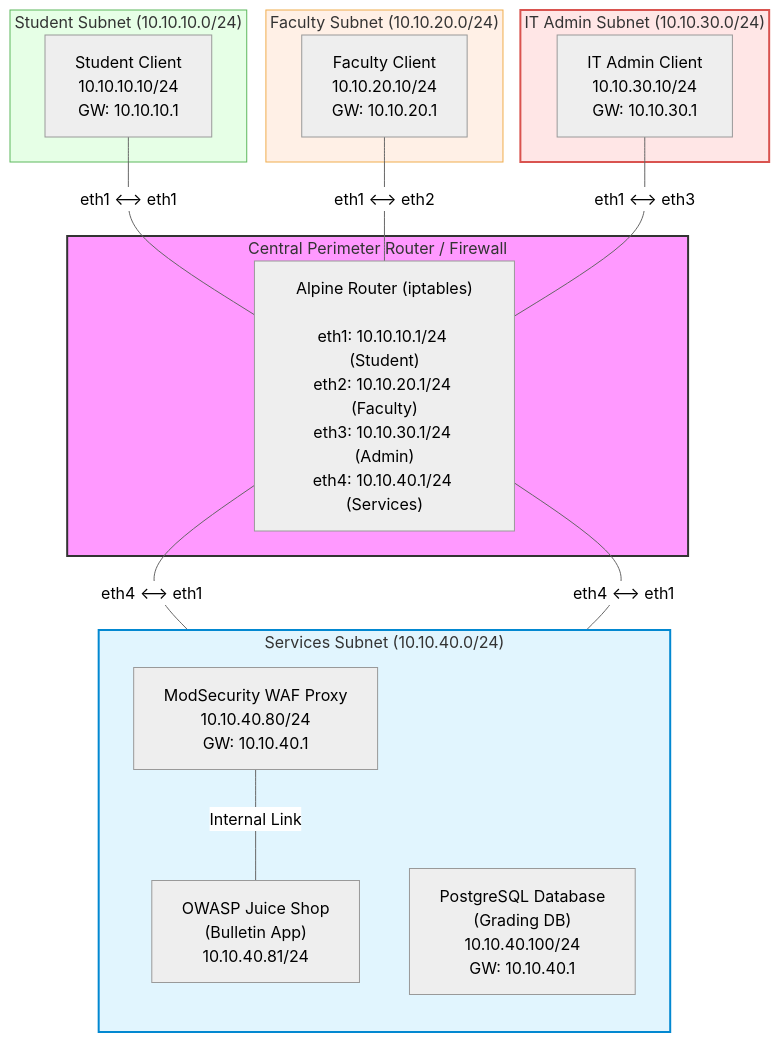
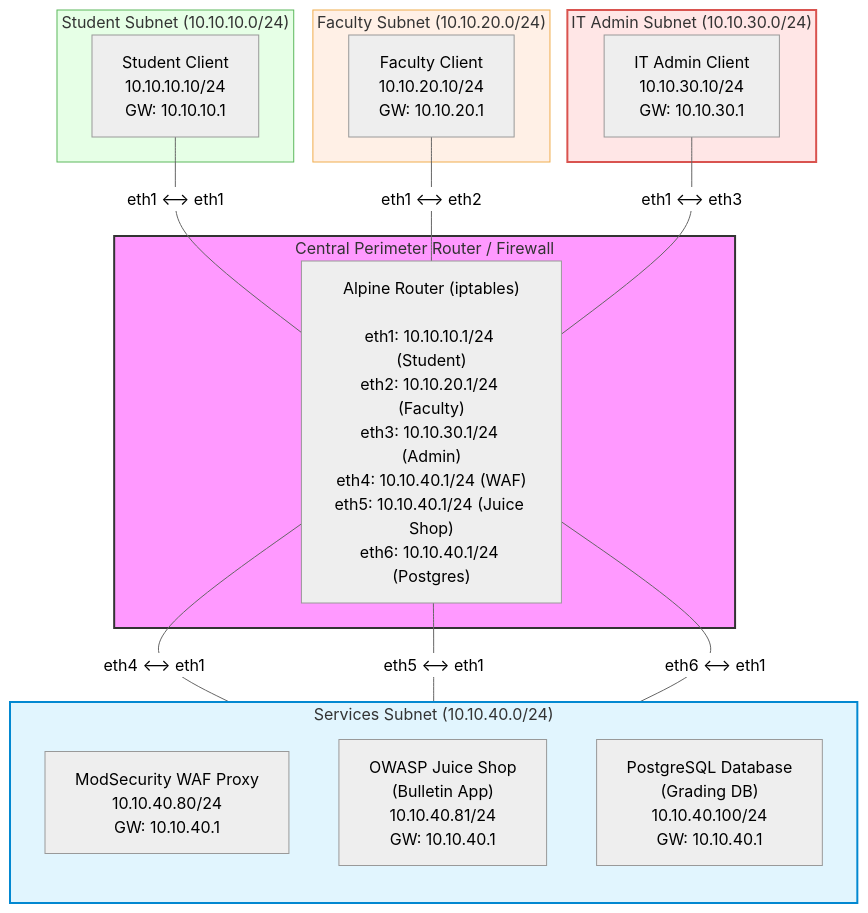
One commit to sealneaward/network-design changed the diagram in assignment/campus-design.md. Above: the diagram before and after it, drawn with Mermaid (neutral theme). The commit also changed other lines of this file, not shown here.

Commit message:
Update diagram

````diff
--- a/assignment/campus-design.md
+++ b/assignment/campus-design.md
@@ -20,45 +18,44 @@
 ```mermaid
 flowchart TD
     subgraph STUDENT ["Student Subnet (10.10.10.0/24)"]
         student_node["Student Client<br/>10.10.10.10/24<br/>GW: 10.10.10.1"]
     end
 
     subgraph FACULTY ["Faculty Subnet (10.10.20.0/24)"]
         faculty_node["Faculty Client<br/>10.10.20.10/24<br/>GW: 10.10.20.1"]
     end
 
     subgraph ADMIN ["IT Admin Subnet (10.10.30.0/24)"]
         admin_node["IT Admin Client<br/>10.10.30.10/24<br/>GW: 10.10.30.1"]
     end
 
     subgraph GATEWAY ["Central Perimeter Router / Firewall"]
-        router["Alpine Router (iptables)<br/><br/>eth1: 10.10.10.1/24 (Student)<br/>eth2: 10.10.20.1/24 (Faculty)<br/>eth3: 10.10.30.1/24 (Admin)<br/>eth4: 10.10.40.1/24 (Services)"]
+        router["Alpine Router (iptables)<br/><br/>eth1: 10.10.10.1/24 (Student)<br/>eth2: 10.10.20.1/24 (Faculty)<br/>eth3: 10.10.30.1/24 (Admin)<br/>eth4: 10.10.40.1/24 (WAF)<br/>eth5: 10.10.40.1/24 (Juice Shop)<br/>eth6: 10.10.40.1/24 (Postgres)"]
     end
 
     subgraph SERVICES ["Services Subnet (10.10.40.0/24)"]
         direction TB
         waf["ModSecurity WAF Proxy<br/>10.10.40.80/24<br/>GW: 10.10.40.1"]
-        juiceshop["OWASP Juice Shop<br/>(Bulletin App)<br/>10.10.40.81/24"]
+        juiceshop["OWASP Juice Shop<br/>(Bulletin App)<br/>10.10.40.81/24<br/>GW: 10.10.40.1"]
         postgres["PostgreSQL Database<br/>(Grading DB)<br/>10.10.40.100/24<br/>GW: 10.10.40.1"]
-
-        waf ---|Internal Link| juiceshop
     end
 
     student_node ---|eth1 <--> eth1| router
     faculty_node ---|eth1 <--> eth2| router
     admin_node ---|eth1 <--> eth3| router
     router ---|eth4 <--> eth1| waf
-    router ---|eth4 <--> eth1| postgres
+    router ---|eth5 <--> eth1| juiceshop
+    router ---|eth6 <--> eth1| postgres
 
     classDef admin fill:#ffe6e6,stroke:#d9534f,stroke-width:2px;
     classDef faculty fill:#fff0e6,stroke:#f0ad4e,stroke-width:1px;
     classDef student fill:#e6ffe6,stroke:#5cb85c,stroke-width:1px;
     classDef services fill:#e1f5fe,stroke:#0288d1,stroke-width:2px;
     classDef router fill:#f9f,stroke:#333,stroke-width:2px;
 
     class ADMIN admin;
     class FACULTY faculty;
     class STUDENT student;
     class SERVICES services;
     class GATEWAY router;
 ```
````
